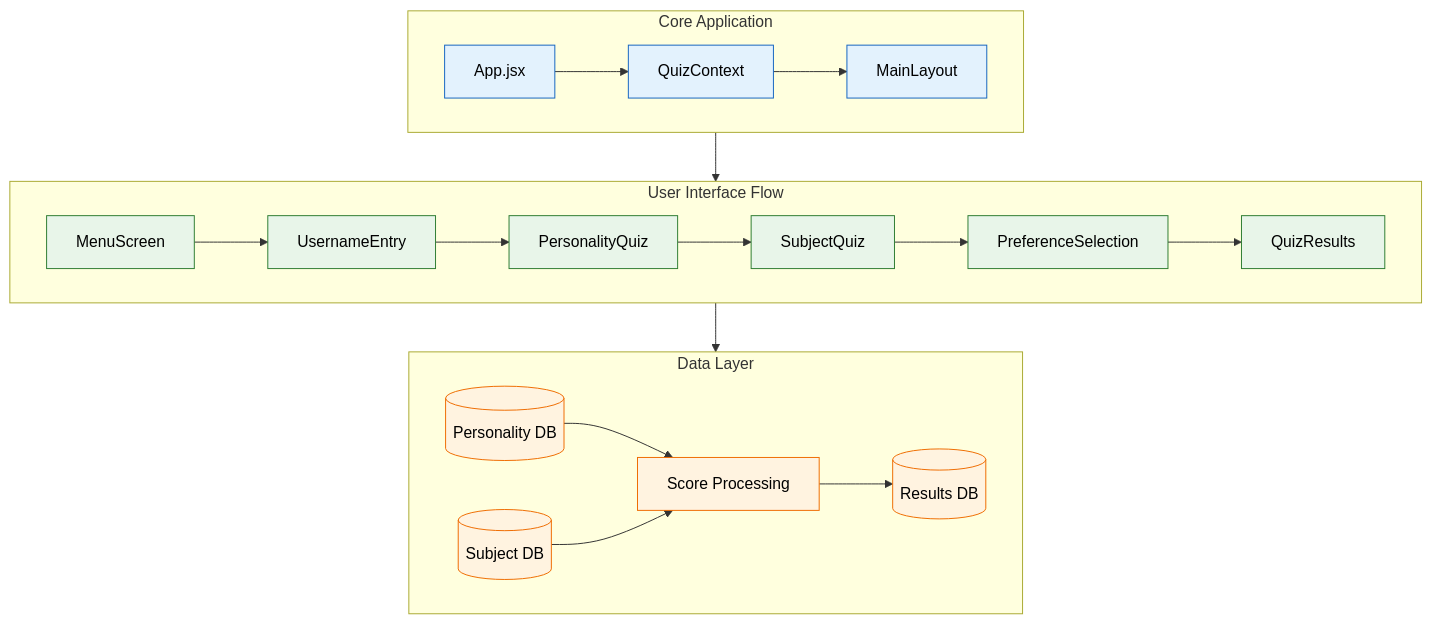
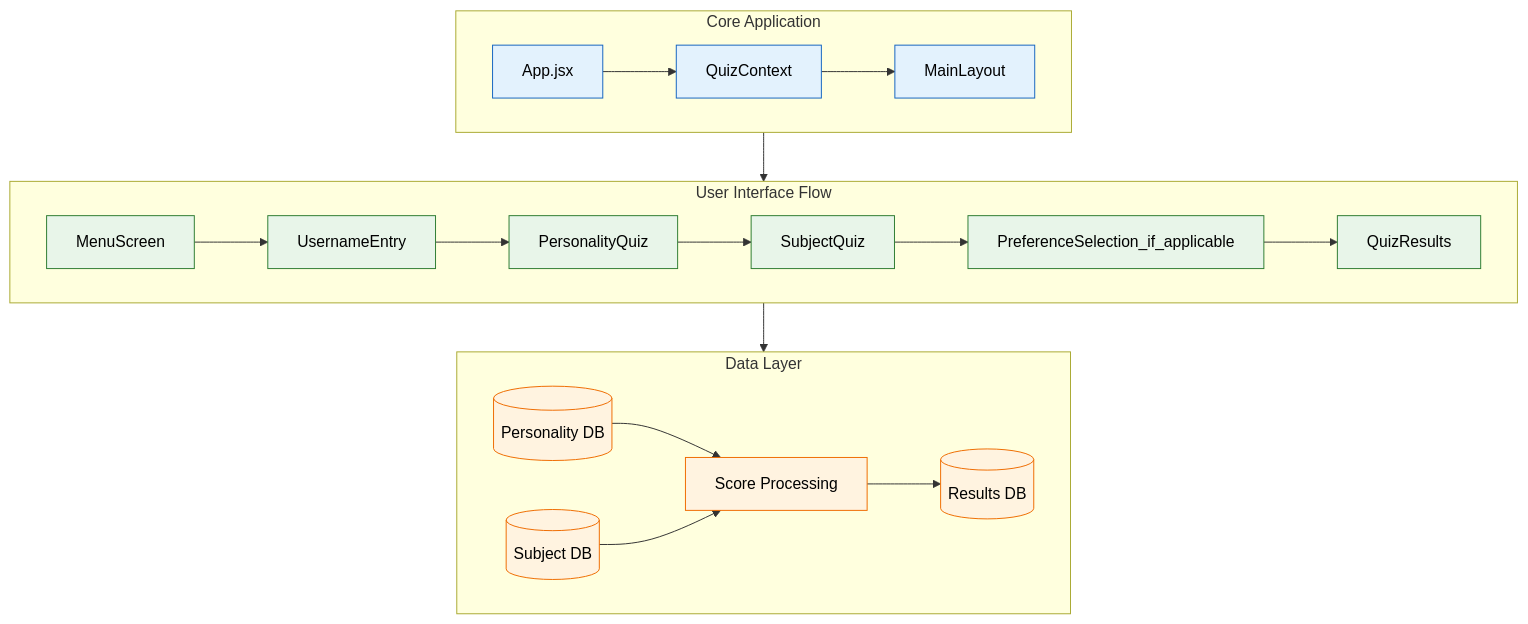
The first of 4 diagrams in docs/readme_react.md (lmcrean/steam-report-mern), drawn with Mermaid before and after one commit. The commit also changed other lines of this file, not shown here.

First line of the commit message:
Update State Management Diagram in QuizContext

````diff
--- a/docs/readme_react.md
+++ b/docs/readme_react.md
@@ -5,39 +5,39 @@
 ```mermaid
 flowchart TB
     %% Row 1: Core Application Structure
     subgraph Core ["Core Application"]
         direction LR
         A[App.jsx] --> B[QuizContext]
         B --> C[MainLayout]
     end
 
     %% Row 2: User Interface Flow
     subgraph Interface ["User Interface Flow"]
         direction LR
         D[MenuScreen] --> E[UsernameEntry]
         E --> F[PersonalityQuiz]
         F --> G[SubjectQuiz]
-        G --> H[PreferenceSelection]
+        G --> H[PreferenceSelection_if_applicable]
         H --> I[QuizResults]
     end
 
     %% Row 3: Data Management
     subgraph Data ["Data Layer"]
         direction LR
         J[(Personality DB)] --> K[Score Processing]
         L[(Subject DB)] --> K
         K --> M[(Results DB)]
     end
 
     %% Connect the rows
     Core --> Interface
     Interface --> Data
 
     classDef core fill:#e3f2fd,stroke:#1565c0,color:#000
     classDef interface fill:#e8f5e9,stroke:#2e7d32,color:#000
     classDef data fill:#fff3e0,stroke:#ef6c00,color:#000
 
     class A,B,C core
     class D,E,F,G,H,I interface
     class J,K,L,M data
 ```
````
